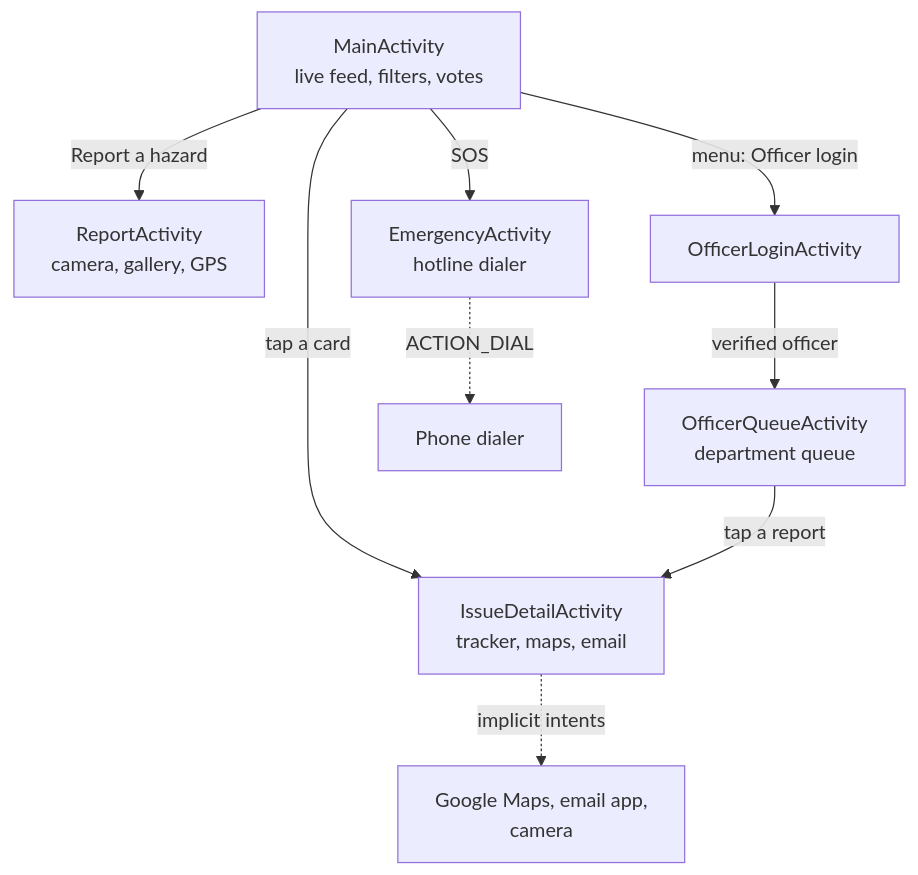
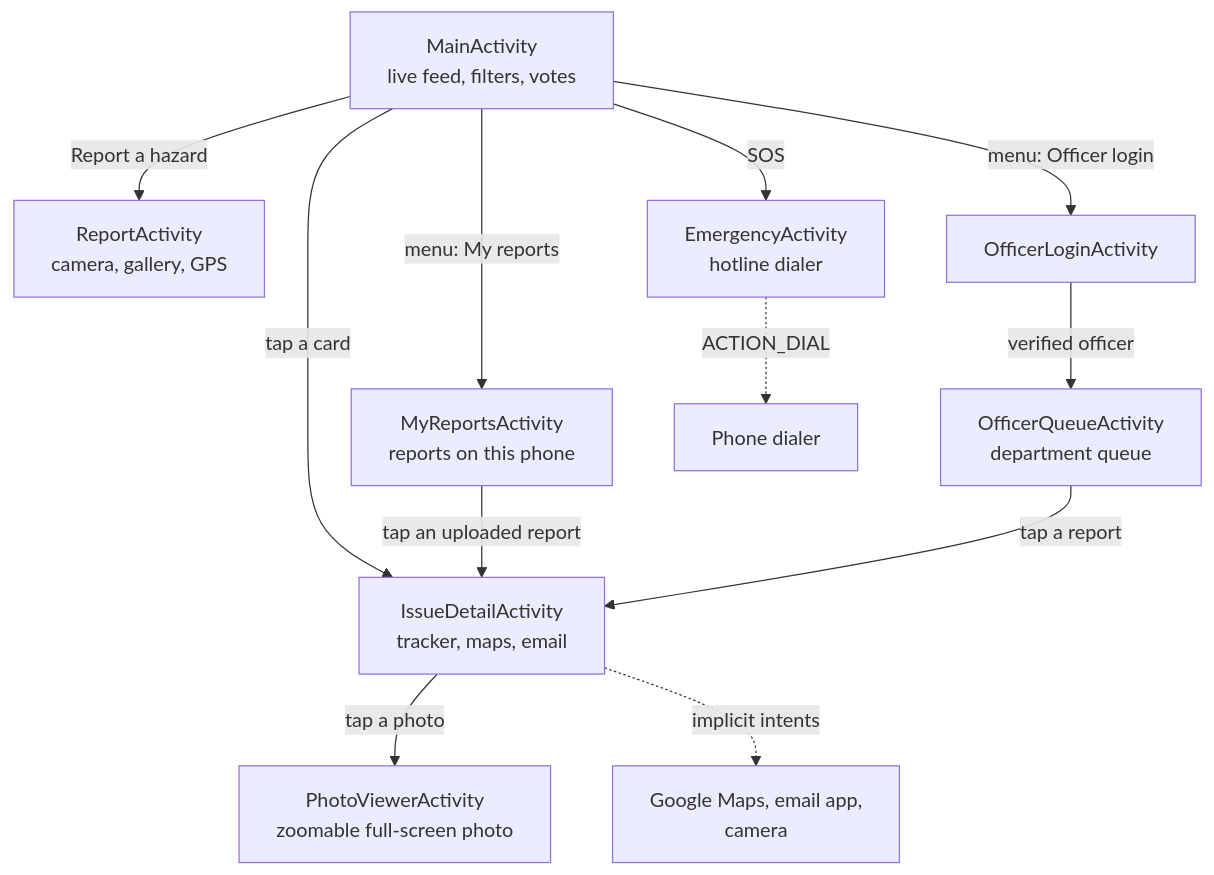
Before and after one commit to afrayasmin/CivicFix: the first of 2 diagrams in README.md, drawn with Mermaid. The commit also changed other lines of this file, not shown here.

````diff
--- a/README.md
+++ b/README.md
@@ -132,11 +135,14 @@
 ```mermaid
 flowchart TD
     Main[MainActivity<br/>live feed, filters, votes] -->|Report a hazard| Report[ReportActivity<br/>camera, gallery, GPS]
     Main -->|tap a card| Detail[IssueDetailActivity<br/>tracker, maps, email]
     Main -->|SOS| SOS[EmergencyActivity<br/>hotline dialer]
+    Main -->|menu: My reports| Mine[MyReportsActivity<br/>reports on this phone]
+    Mine -->|tap an uploaded report| Detail
+    Detail -->|tap a photo| Viewer[PhotoViewerActivity<br/>zoomable full-screen photo]
     Main -->|menu: Officer login| Login[OfficerLoginActivity]
     Login -->|verified officer| Queue[OfficerQueueActivity<br/>department queue]
     Queue -->|tap a report| Detail
     Detail -.->|implicit intents| Ext[Google Maps, email app,<br/>camera]
     SOS -.->|ACTION_DIAL| Dialer[Phone dialer]
 ```
````
